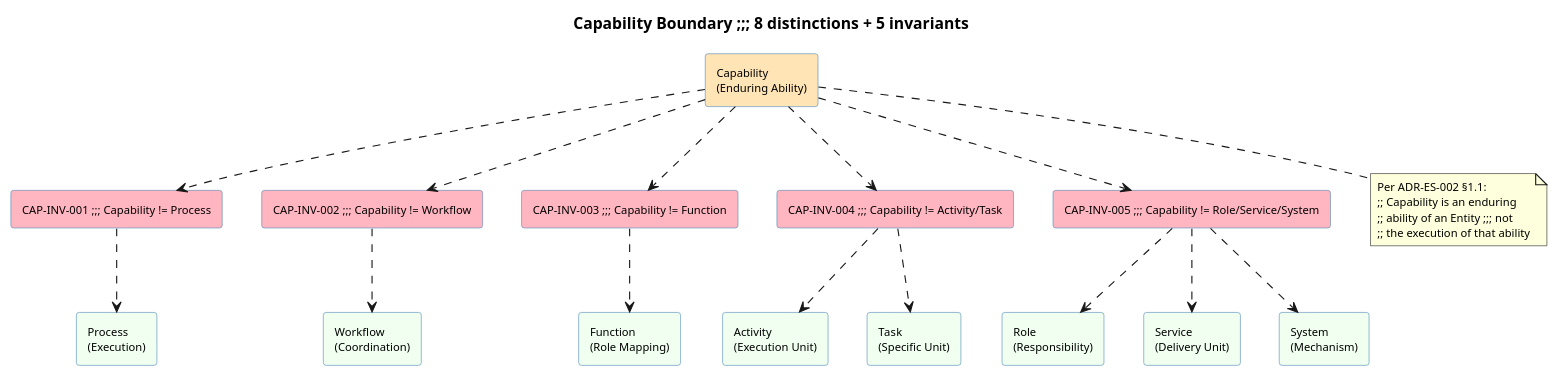
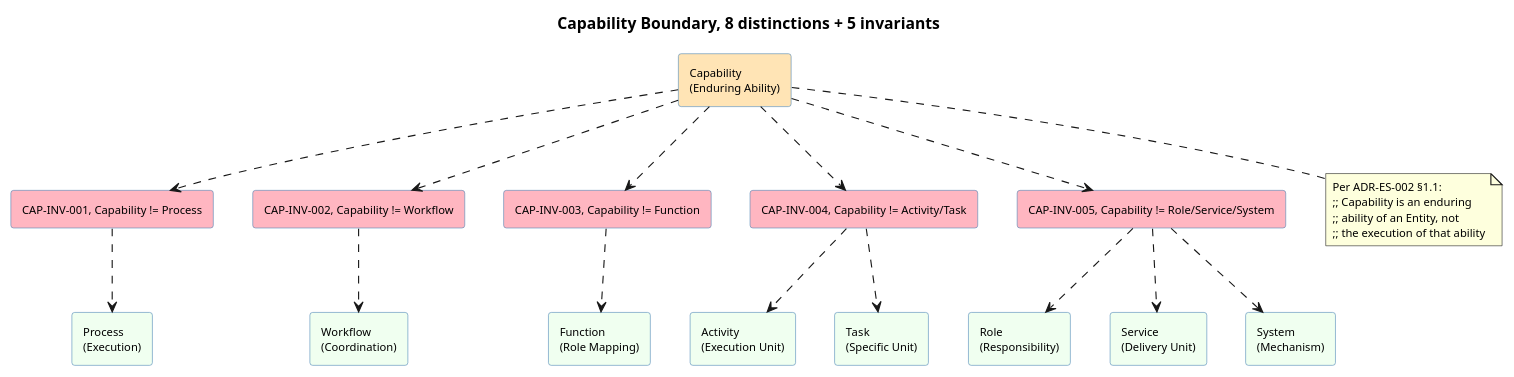
Before and after one commit to Enterprise-Semantics/enterprise-semantics-visuals: the diagram in docs/diagrams/capability/capability-boundary.puml, drawn with PlantUML. The commit also changed 31 other files, not shown here.

```diff
--- a/docs/diagrams/capability/capability-boundary.puml
+++ b/docs/diagrams/capability/capability-boundary.puml
@@ -10,58 +10,58 @@
 @startuml capability-boundary
 
 skinparam backgroundColor #FFFFFF
 skinparam defaultFontName Arial
 skinparam defaultFontSize 10
 
 skinparam rectangle {
     BackgroundColor #F0F8FF
     BorderColor #4682B4
 }
 
-title Capability Boundary ;;; 8 distinctions + 5 invariants
+title Capability Boundary, 8 distinctions + 5 invariants
 
-' Center ;;; Capability
+' Center, Capability
 
 rectangle "Capability\n(Enduring Ability)" as capability #FFE4B5
 
 ' What Capability is NOT
 
 rectangle "Process\n(Execution)" as process #F0FFF0
 rectangle "Workflow\n(Coordination)" as workflow #F0FFF0
 rectangle "Function\n(Role Mapping)" as function #F0FFF0
 rectangle "Activity\n(Execution Unit)" as activity #F0FFF0
 rectangle "Task\n(Specific Unit)" as task #F0FFF0
 rectangle "Role\n(Responsibility)" as role #F0FFF0
 rectangle "Service\n(Delivery Unit)" as service #F0FFF0
 rectangle "System\n(Mechanism)" as system #F0FFF0
 
 ' Boundary markers
 
-rectangle "CAP-INV-001 ;;; Capability != Process" as i1 #FFB6C1
-rectangle "CAP-INV-002 ;;; Capability != Workflow" as i2 #FFB6C1
-rectangle "CAP-INV-003 ;;; Capability != Function" as i3 #FFB6C1
-rectangle "CAP-INV-004 ;;; Capability != Activity/Task" as i4 #FFB6C1
-rectangle "CAP-INV-005 ;;; Capability != Role/Service/System" as i5 #FFB6C1
+rectangle "CAP-INV-001, Capability != Process" as i1 #FFB6C1
+rectangle "CAP-INV-002, Capability != Workflow" as i2 #FFB6C1
+rectangle "CAP-INV-003, Capability != Function" as i3 #FFB6C1
+rectangle "CAP-INV-004, Capability != Activity/Task" as i4 #FFB6C1
+rectangle "CAP-INV-005, Capability != Role/Service/System" as i5 #FFB6C1
 
 capability -[dashed]-> i1
 i1 -[dashed]-> process
 capability -[dashed]-> i2
 i2 -[dashed]-> workflow
 capability -[dashed]-> i3
 i3 -[dashed]-> function
 capability -[dashed]-> i4
 i4 -[dashed]-> activity
 i4 -[dashed]-> task
 capability -[dashed]-> i5
 i5 -[dashed]-> role
 i5 -[dashed]-> service
 i5 -[dashed]-> system
 
 note bottom of capability
   Per ADR-ES-002 §1.1:
   ;; Capability is an enduring
-  ;; ability of an Entity ;;; not
+  ;; ability of an Entity, not
   ;; the execution of that ability
 end note
 
 @enduml
```
